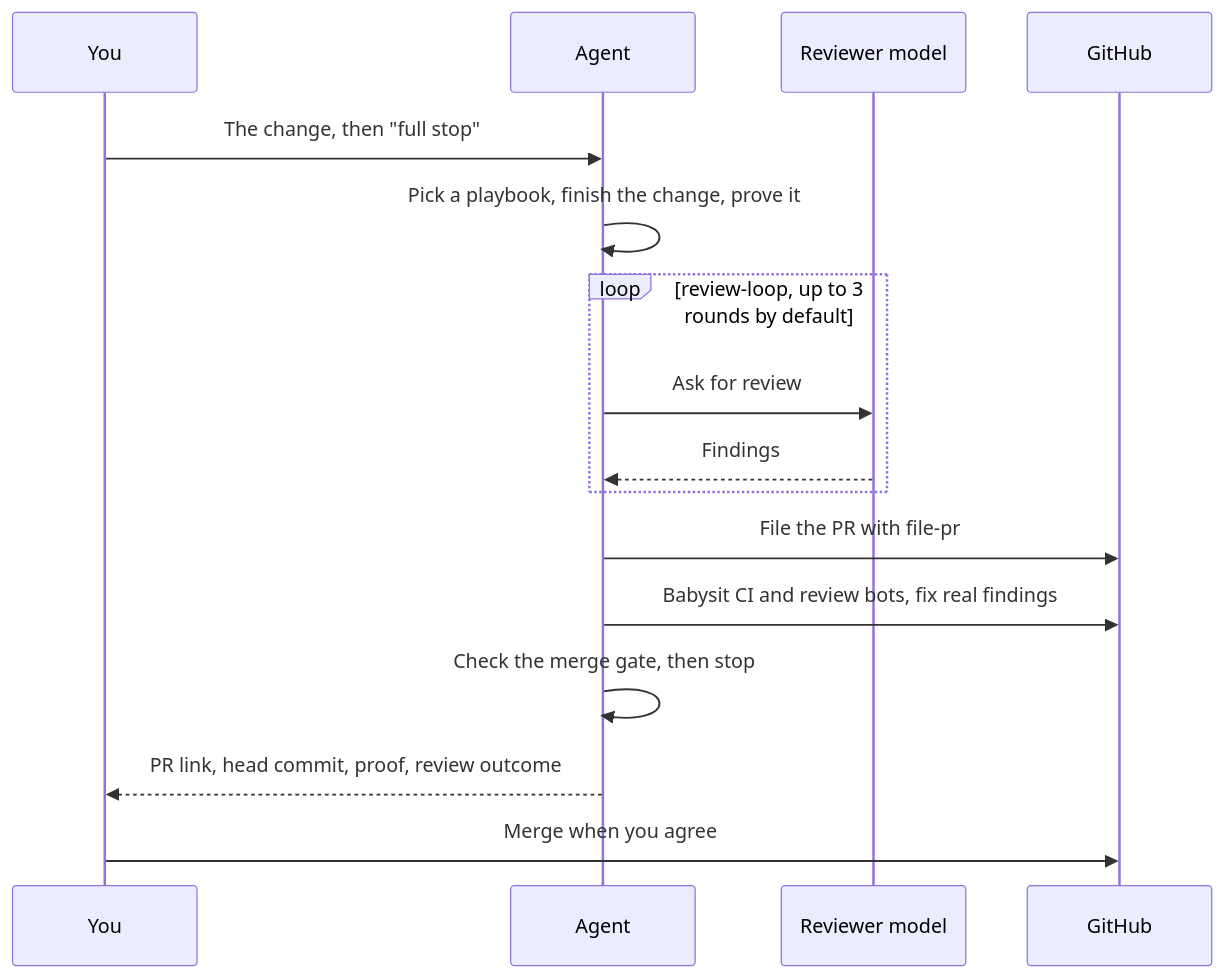
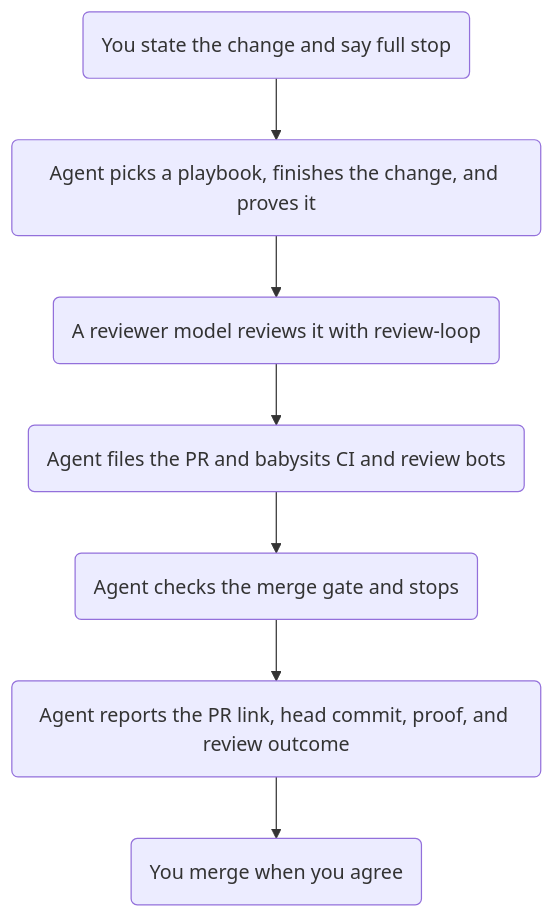
One commit to JoshuaHayesWasHere/jstack changed the diagram in wiki/Ship-a-change.md. Above: the diagram before and after it, drawn with Mermaid. The commit also changed other lines of this file and 7 other files, not shown here.

Commit message:
Wiki diagrams explain only the skills, never cross a line, and fit GitHub's viewer in light and dark mode

````diff
--- a/wiki/Ship-a-change.md
+++ b/wiki/Ship-a-change.md
@@ -22,18 +22,10 @@
 ```mermaid
-sequenceDiagram
-    participant Y as You
-    participant A as Agent
-    participant R as Reviewer model
-    participant G as GitHub
-    Y->>A: The change, then "full stop"
-    A->>A: Pick a playbook, finish the change, prove it
-    loop review-loop, up to 3 rounds by default
-        A->>R: Ask for review
-        R-->>A: Findings
-    end
-    A->>G: File the PR with file-pr
-    A->>G: Babysit CI and review bots, fix real findings
-    A->>A: Check the merge gate, then stop
-    A-->>Y: PR link, head commit, proof, review outcome
-    Y->>G: Merge when you agree
+%%{init: {"flowchart": {"wrappingWidth": 400}}}%%
+flowchart TD
+    ask("You state the change and say full stop") --> build("Agent picks a playbook, finishes the change, and proves it")
+    build --> review("A reviewer model reviews it with review-loop")
+    review --> pr("Agent files the PR and babysits CI and review bots")
+    pr --> gate("Agent checks the merge gate and stops")
+    gate --> report("Agent reports the PR link, head commit, proof, and review outcome")
+    report --> merge("You merge when you agree")
 ```
````
